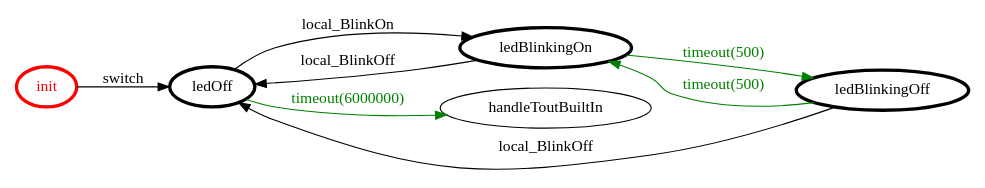
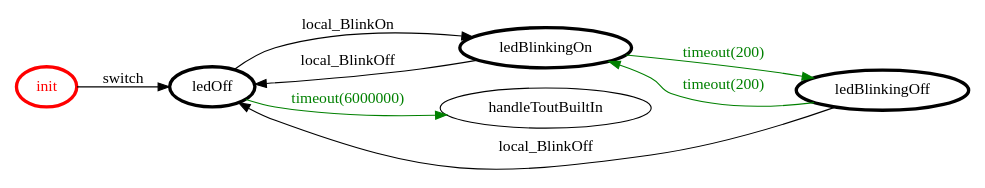
The diagram in src/sprint7/impl/it.unibo.finaltask2018.impl/srcMore/it/unibo/blink_controller/blink_controller.gv (LucaBonfi95/ISSM_Tema_Finale_2018), drawn with Graphviz before and after one commit. The commit also changed 41 other files, not shown here.

```diff
--- a/src/sprint7/impl/it.unibo.finaltask2018.impl/srcMore/it/unibo/blink_controller/blink_controller.gv
+++ b/src/sprint7/impl/it.unibo.finaltask2018.impl/srcMore/it/unibo/blink_controller/blink_controller.gv
@@ -1,24 +1,24 @@
 /*
 *
 * A GraphViz DOT FSM description 
 * Please use a GraphViz visualizer (like http://www.webgraphviz.com)
 *  
 */
 
 digraph finite_state_machine {
 	rankdir=LR
 	size="8,5"
 	
 	init [ color = red ][ fontcolor = red ][ penwidth = 3 ]
 	ledBlinkingOn [ color = black ][ fontcolor = black ][ penwidth = 3 ]
 	ledOff [ color = black ][ fontcolor = black ][ penwidth = 3 ]
 	ledBlinkingOff [ color = black ][ fontcolor = black ][ penwidth = 3 ]
 	
 	ledOff -> handleToutBuiltIn [ label = "timeout(6000000)" ][ color = green ][ fontcolor = green ]
-	ledBlinkingOn -> ledBlinkingOff [ label = "timeout(500)" ][ color = green ][ fontcolor = green ]
 	ledBlinkingOff -> ledOff [ label = "local_BlinkOff" ][ color = black ][ fontcolor = black ]
 	init -> ledOff [ label = "switch" ][ color = black ][ fontcolor = black ]
 	ledOff -> ledBlinkingOn [ label = "local_BlinkOn" ][ color = black ][ fontcolor = black ]
-	ledBlinkingOff -> ledBlinkingOn [ label = "timeout(500)" ][ color = green ][ fontcolor = green ]
+	ledBlinkingOn -> ledBlinkingOff [ label = "timeout(200)" ][ color = green ][ fontcolor = green ]
 	ledBlinkingOn -> ledOff [ label = "local_BlinkOff" ][ color = black ][ fontcolor = black ]
+	ledBlinkingOff -> ledBlinkingOn [ label = "timeout(200)" ][ color = green ][ fontcolor = green ]
 }
```
